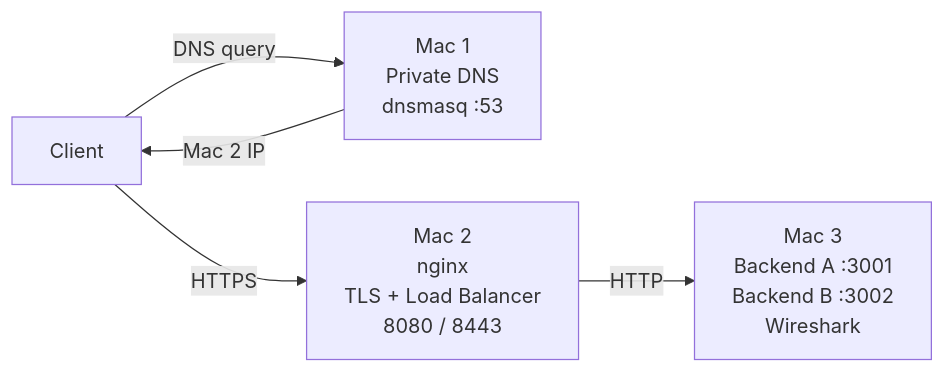
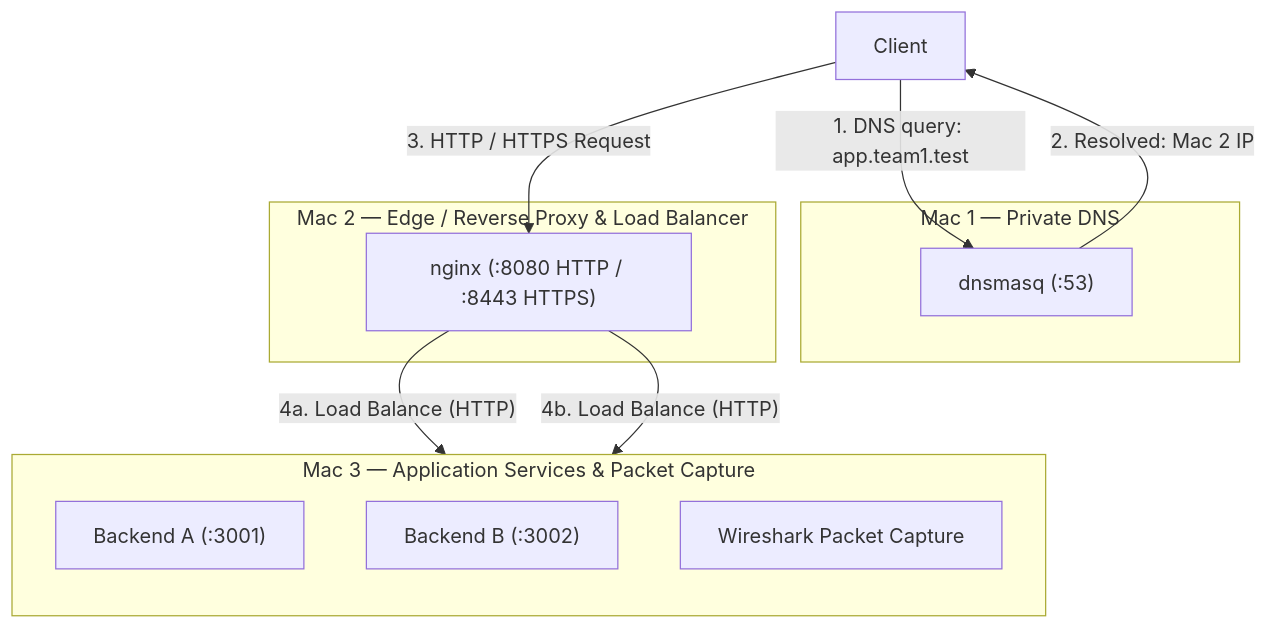
The diagram in README.md (abhiiiiiii-21/CN_Project), drawn with Mermaid before and after one commit. The commit also changed other lines of this file and 14 other files, not shown here.

````diff
--- a/README.md
+++ b/README.md
@@ -23,15 +21,25 @@
 ```mermaid
-flowchart LR
-    client["Client"]
+flowchart TD
+    Client["Client"]
 
-    dns["Mac 1<br/>Private DNS<br/>dnsmasq :53"]
+    subgraph Mac1["Mac 1 — Private DNS"]
+        DNS["dnsmasq (:53)"]
+    end
 
-    edge["Mac 2<br/>nginx<br/>TLS + Load Balancer<br/>8080 / 8443"]
+    subgraph Mac2["Mac 2 — Edge / Reverse Proxy & Load Balancer"]
+        Nginx["nginx (:8080 HTTP / :8443 HTTPS)"]
+    end
 
-    backends["Mac 3<br/>Backend A :3001<br/>Backend B :3002<br/>Wireshark"]
+    subgraph Mac3["Mac 3 — Application Services & Packet Capture"]
+        direction TB
+        BackendA["Backend A (:3001)"]
+        BackendB["Backend B (:3002)"]
+        Wireshark["Wireshark Packet Capture"]
+    end
 
-    client -->|"DNS query"| dns
-    dns -->|"Mac 2 IP"| client
-    client -->|"HTTPS"| edge
-    edge -->|"HTTP"| backends
+    Client -->|"1. DNS query: app.team1.test"| DNS
+    DNS -->|"2. Resolved: Mac 2 IP"| Client
+    Client -->|"3. HTTP / HTTPS Request"| Nginx
+    Nginx -->|"4a. Load Balance (HTTP)"| BackendA
+    Nginx -->|"4b. Load Balance (HTTP)"| BackendB
 ```
````
